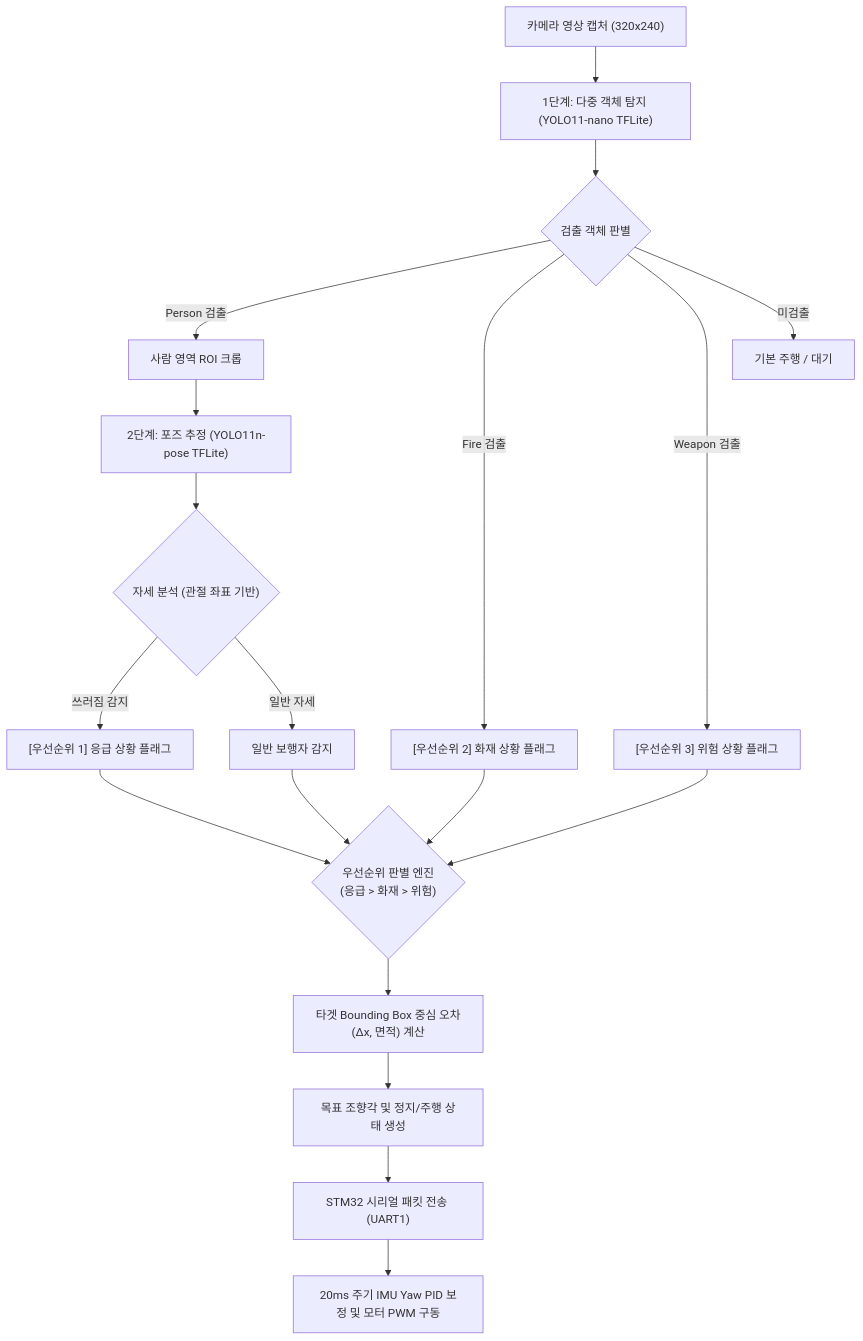
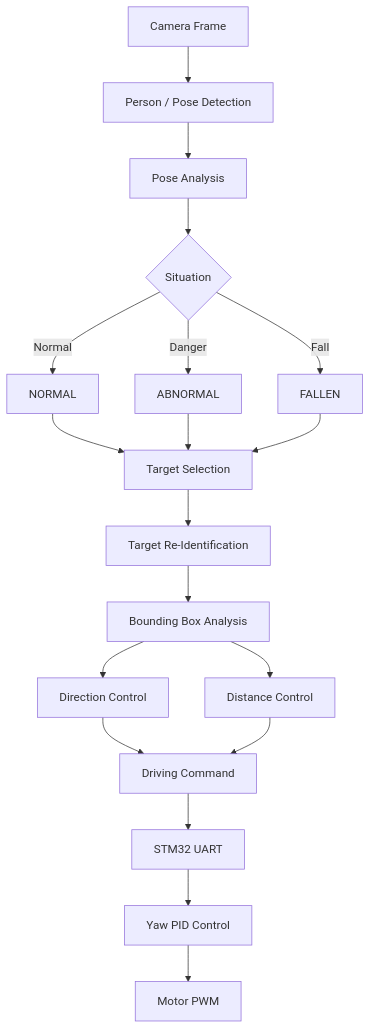
One commit to Ugie01/Tracking_Patrol_Robot changed the second of 2 diagrams in README.md. Above: the diagram before and after it, drawn with Mermaid. The commit also changed other lines of this file, not shown here.

````diff
--- a/README.md
+++ b/README.md
@@ -79,26 +97,28 @@
 ```mermaid
 flowchart TD
-    A["카메라 영상 캡처 (320x240)"] --> B["1단계: 다중 객체 탐지 (YOLO11-nano TFLite)"]
-    
-    B --> C{"검출 객체 판별"}
-    
-    C -- "Person 검출" --> D["사람 영역 ROI 크롭"]
-    D --> E["2단계: 포즈 추정 (YOLO11n-pose TFLite)"]
-    E --> F{"자세 분석 (관절 좌표 기반)"}
-    F -- "쓰러짐 감지" --> G1["[우선순위 1] 응급 상황 플래그"]
-    F -- "일반 자세" --> G4["일반 보행자 감지"]
+    A["Camera Frame"] --> B["Person / Pose Detection"]
+    B --> C["Pose Analysis"]
 
-    C -- "Fire 검출" --> G2["[우선순위 2] 화재 상황 플래그"]
-    C -- "Weapon 검출" --> G3["[우선순위 3] 위험 상황 플래그"]
-    C -- "미검출" --> G5["기본 주행 / 대기"]
+    C --> D{"Situation"}
 
-    G1 --> Decision{"우선순위 판별 엔진<br>(응급 > 화재 > 위험)"}
-    G2 --> Decision
-    G3 --> Decision
-    G4 --> Decision
+    D -->|Normal| N["NORMAL"]
+    D -->|Danger| AB["ABNORMAL"]
+    D -->|Fall| F["FALLEN"]
 
-    Decision --> TargetCalc["타겟 Bounding Box 중심 오차(Δx, 면적) 계산"]
-    TargetCalc --> CmdGen["목표 조향각 및 정지/주행 상태 생성"]
-    CmdGen --> PacketTx["STM32 시리얼 패킷 전송 (UART1)"]
-    PacketTx --> MotorExec["20ms 주기 IMU Yaw PID 보정 및 모터 PWM 구동"]
+    N --> T["Target Selection"]
+    AB --> T
+    F --> T
+
+    T --> R["Target Re-Identification"]
+    R --> E["Bounding Box Analysis"]
+
+    E --> DIR["Direction Control"]
+    E --> DIST["Distance Control"]
+
+    DIR --> CMD["Driving Command"]
+    DIST --> CMD
+
+    CMD --> STM["STM32 UART"]
+    STM --> PID["Yaw PID Control"]
+    PID --> MOTOR["Motor PWM"]
 ```
````
